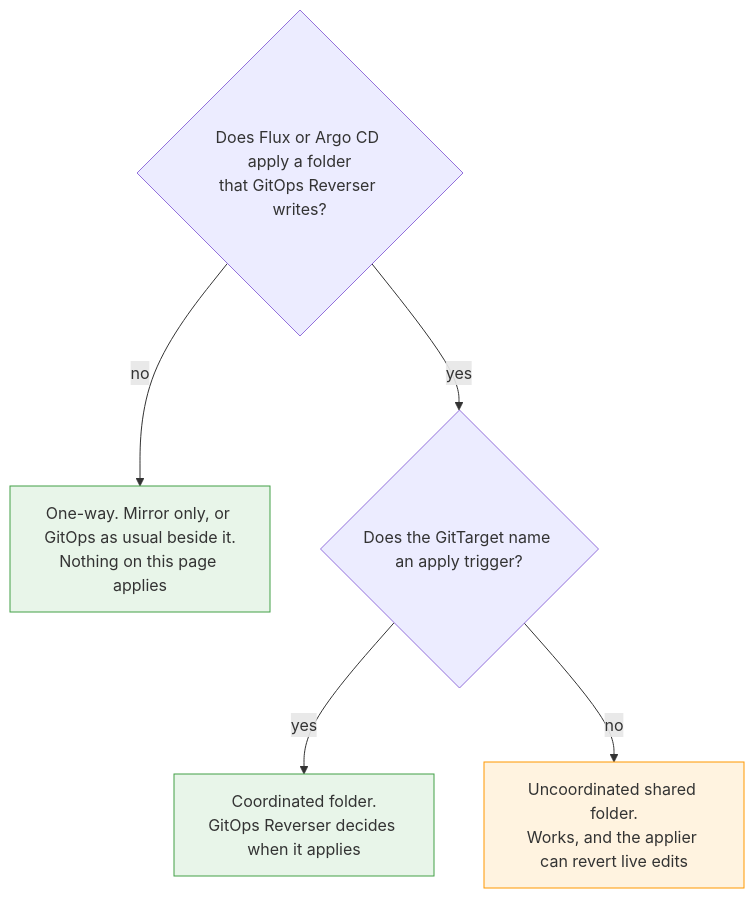
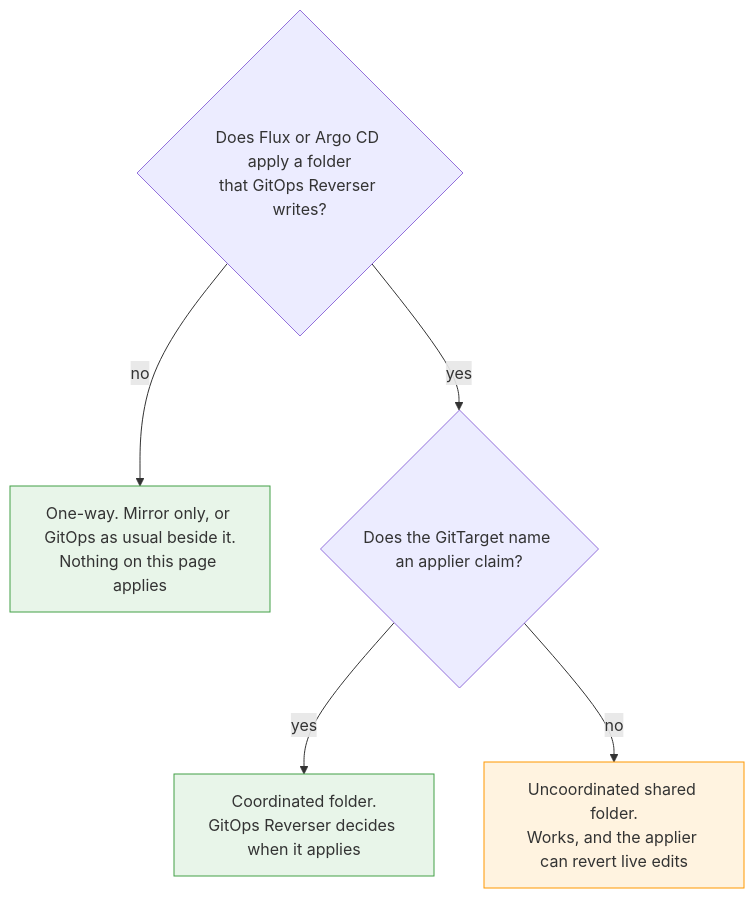
One commit to ConfigButler/gitops-reverser changed the first of 5 diagrams in docs/bi-directional.md. Above: the diagram before and after it, drawn with Mermaid. The commit also changed other lines of this file and 24 other files, not shown here.

````diff
--- a/docs/bi-directional.md
+++ b/docs/bi-directional.md
@@ -20,12 +20,12 @@
 ```mermaid
 flowchart TD
     Q1{"Does Flux or Argo CD apply a folder<br/>that GitOps Reverser writes?"}
     Q1 -->|no| ONEWAY["One-way. Mirror only, or GitOps as usual beside it.<br/>Nothing on this page applies"]
-    Q1 -->|yes| Q2{"Does the GitTarget name an apply trigger?"}
+    Q1 -->|yes| Q2{"Does the GitTarget name an applier claim?"}
     Q2 -->|yes| BI["Coordinated folder.<br/>GitOps Reverser decides when it applies"]
     Q2 -->|no| EXPOSED["Uncoordinated shared folder.<br/>Works, and the applier can revert live edits"]
 
     style ONEWAY fill:#e8f5e9,stroke:#43a047
     style BI fill:#e8f5e9,stroke:#43a047
     style EXPOSED fill:#fff3e0,stroke:#ff9800
 ```
````
